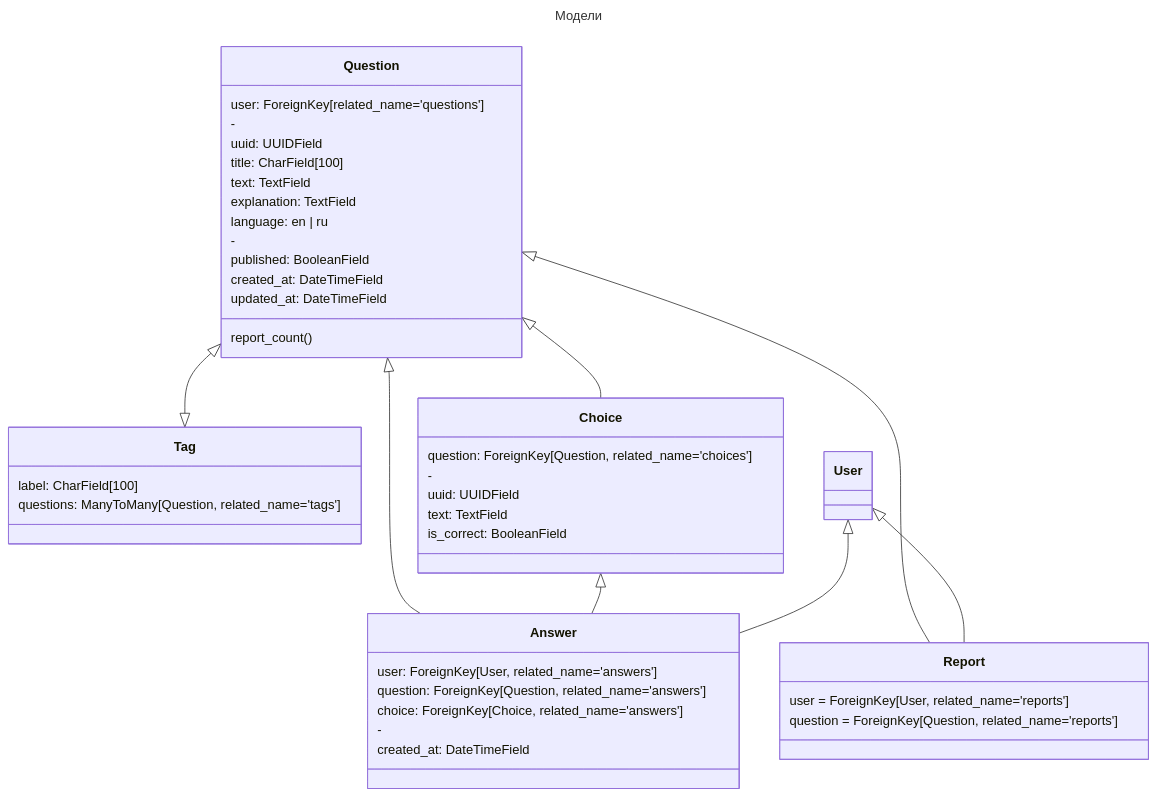
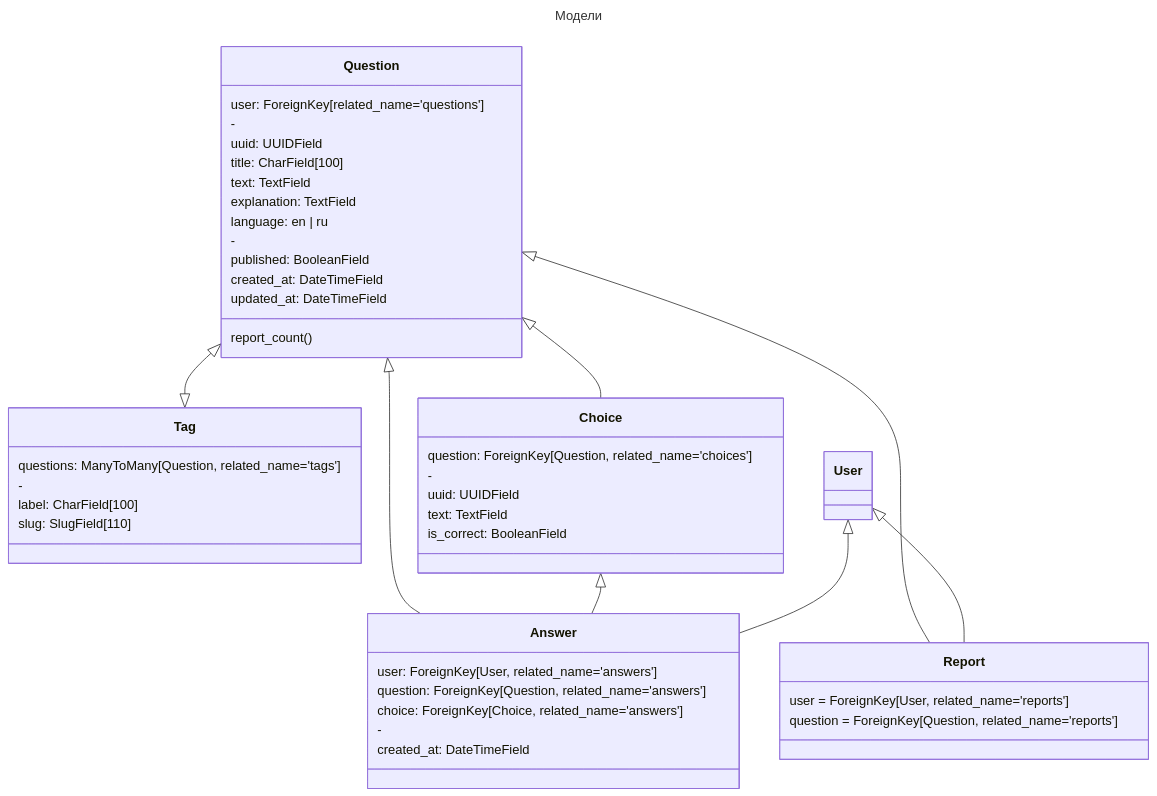
One commit to DmitryPi/brainrefresh changed the diagram in README.md. Above: the diagram before and after it, drawn with Mermaid. The commit also changed 2 other files, not shown here.

Commit message:
Update README; Create models Question, Tag, Choice;

````diff
--- a/README.md
+++ b/README.md
@@ -63,53 +63,55 @@
 ```mermaid
 ---
 title: Модели
 ---
 classDiagram
     Question <|--|> Tag
     Question <|-- Choice
     Question <|-- Report
     Question <|-- Answer
     Choice <|-- Answer
     User <|-- Answer
     User <|-- Report
 
     class Question {
         user: ForeignKey[related_name='questions']
         -
         uuid: UUIDField
         title: CharField[100]
         text: TextField
         explanation: TextField
         language: en | ru
         report_count()
         -
         published: BooleanField
         created_at: DateTimeField
         updated_at: DateTimeField
     }
     class Tag {
+        questions: ManyToMany[Question, related_name='tags']
+        -
         label: CharField[100]
-        questions: ManyToMany[Question, related_name='tags']
+        slug: SlugField[110]
     }
     class Choice {
         question: ForeignKey[Question, related_name='choices']
         -
         uuid: UUIDField
         text: TextField
         is_correct: BooleanField
     }
     class Report {
         user = ForeignKey[User, related_name='reports']
         question = ForeignKey[Question, related_name='reports']
     }
     class Answer {
         user: ForeignKey[User, related_name='answers']
         question: ForeignKey[Question, related_name='answers']
         choice: ForeignKey[Choice, related_name='answers']
         -
         created_at: DateTimeField
     }
     class User {
 
     }
 ```
````
